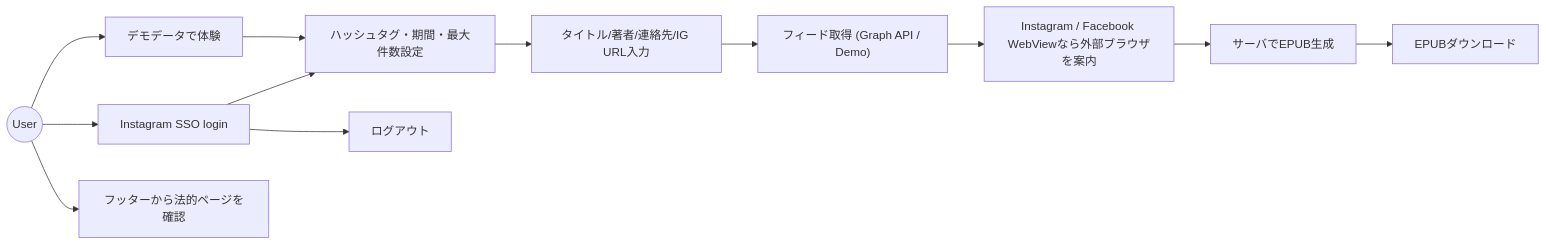
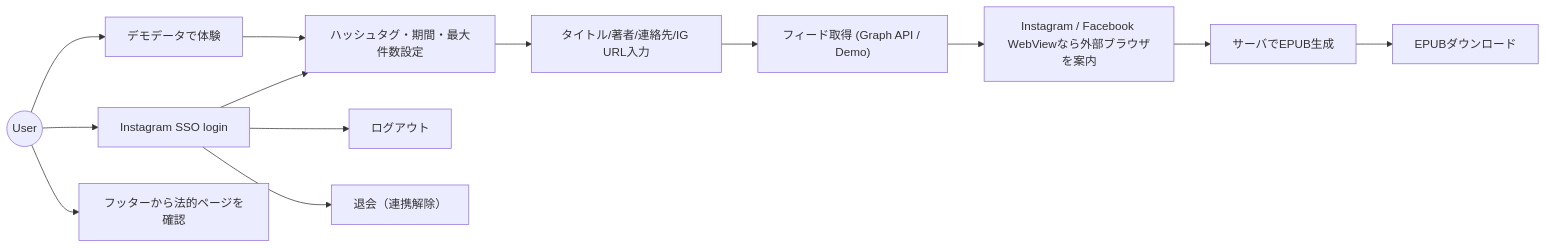
One commit to 1021ky/instagram-feed-epublisher changed the diagram in docs/designdoc/flowchart LR.mmd. Above: the diagram before and after it, drawn with Mermaid. The commit also changed 7 other files, not shown here.

```diff
--- a/docs/designdoc/flowchart LR.mmd
+++ b/docs/designdoc/flowchart LR.mmd
@@ -1,19 +1,21 @@
 flowchart LR
     %% @mermaid-chart
     actor((User))
     login["Instagram SSO login"]
     demo["デモデータで体験"]
     filters["ハッシュタグ・期間・最大件数設定"]
     meta["タイトル/著者/連絡先/IG URL入力"]
     fetch["フィード取得 (Graph API / Demo)"]
     banner["Instagram / Facebook WebViewなら外部ブラウザを案内"]
     build["サーバでEPUB生成"]
     download["EPUBダウンロード"]
     logout["ログアウト"]
+    withdraw["退会（連携解除）"]
     legal["フッターから法的ページを確認"]
     actor --> login --> filters
     actor --> demo --> filters
     fetch --> banner --> build --> download
     filters --> meta --> fetch
     login --> logout
+    login --> withdraw
     actor --> legal
```
